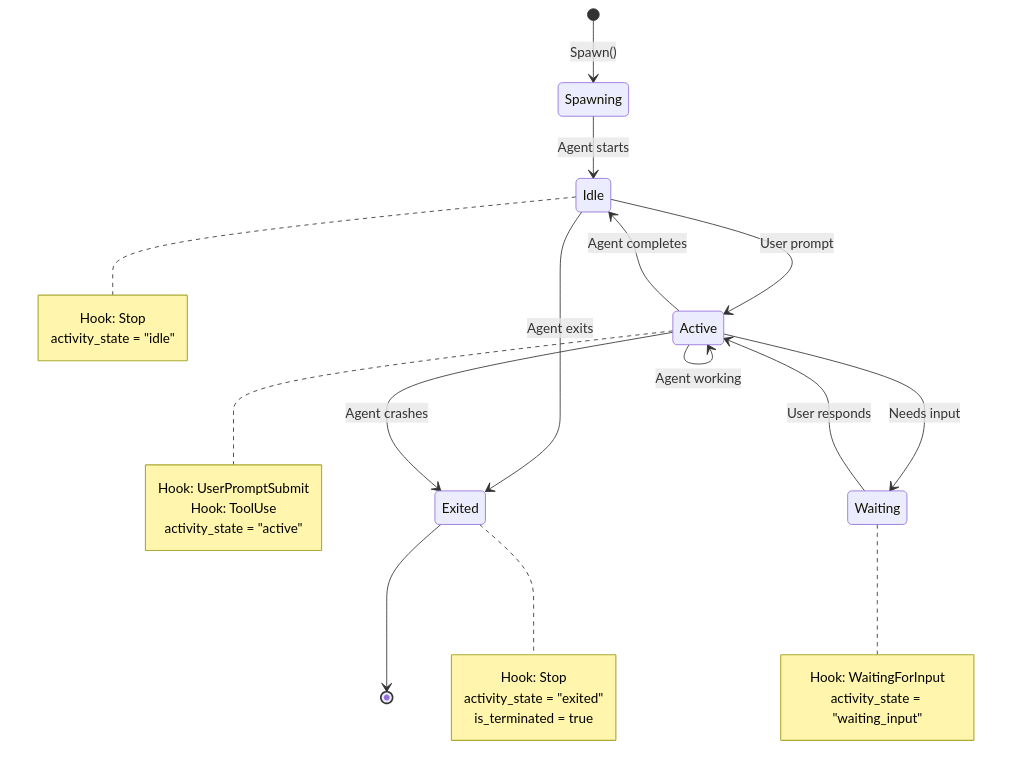
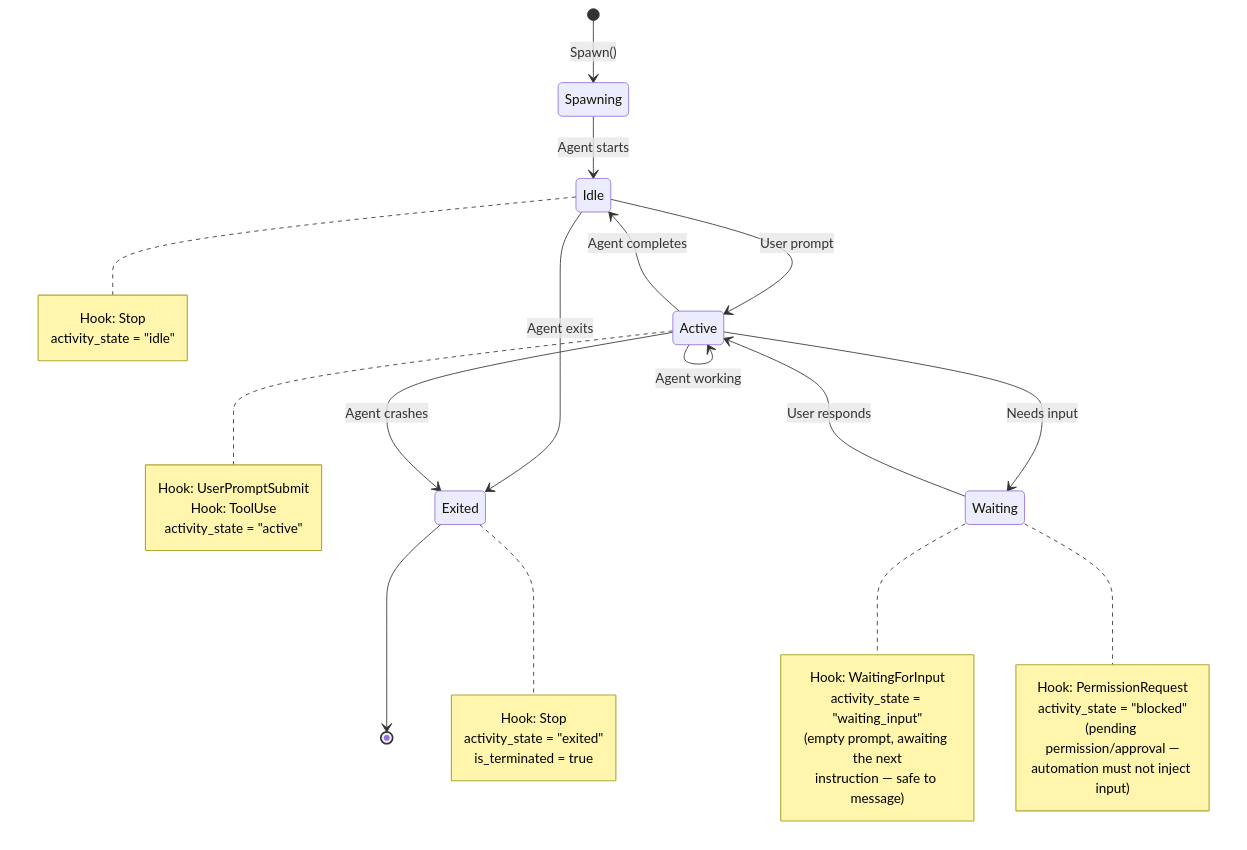
One commit to AgentWrapper/agent-orchestrator changed the tenth of 11 diagrams in docs/agent/README.md. Above: the diagram before and after it, drawn with Mermaid. The commit also changed 38 other files, not shown here.

````diff
--- a/docs/agent/README.md
+++ b/docs/agent/README.md
@@ -484,35 +484,44 @@
 ```mermaid
 stateDiagram-v2
     [*] --> Spawning: Spawn()
     Spawning --> Idle: Agent starts
     Idle --> Active: User prompt
     Active --> Active: Agent working
     Active --> Waiting: Needs input
     Waiting --> Active: User responds
     Active --> Idle: Agent completes
     Idle --> Exited: Agent exits
     Active --> Exited: Agent crashes
     Exited --> [*]
 
     note right of Active
         Hook: UserPromptSubmit
         Hook: ToolUse
         activity_state = "active"
     end note
 
     note right of Waiting
         Hook: WaitingForInput
         activity_state = "waiting_input"
+        (empty prompt, awaiting the next
+        instruction — safe to message)
+    end note
+
+    note right of Waiting
+        Hook: PermissionRequest
+        activity_state = "blocked"
+        (pending permission/approval —
+        automation must not inject input)
     end note
 
     note right of Idle
         Hook: Stop
         activity_state = "idle"
     end note
 
     note right of Exited
         Hook: Stop
         activity_state = "exited"
         is_terminated = true
     end note
 ```
````
